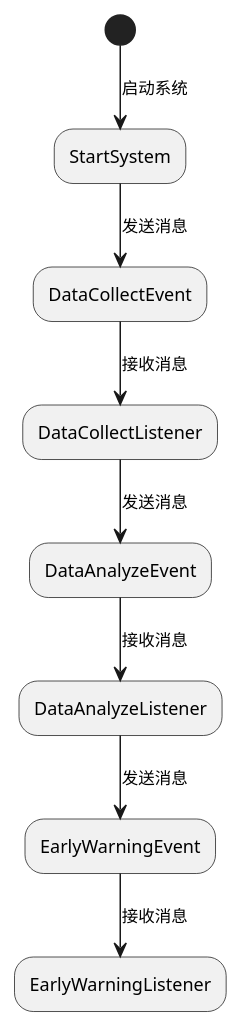
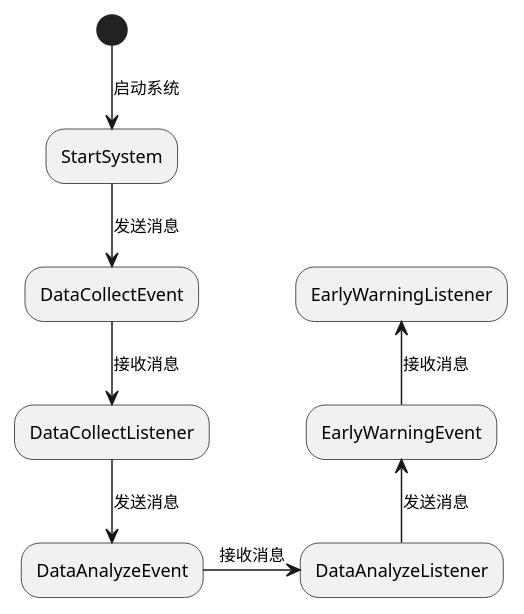
The diagram in src/uml/Event.puml (LenthDose/DesignPatterFinal), drawn with PlantUML before and after one commit. The commit also changed 16 other files, not shown here.

```diff
--- a/src/uml/Event.puml
+++ b/src/uml/Event.puml
@@ -1,12 +1,12 @@
 @startuml
 'https://plantuml.com/activity-diagram-beta
 
 (*) --> [启动系统] "StartSystem"
  --> [发送消息] "DataCollectEvent"
  --> [接收消息] "DataCollectListener"
  --> [发送消息] "DataAnalyzeEvent"
- --> [接收消息] "DataAnalyzeListener"
- --> [发送消息] "EarlyWarningEvent"
- --> [接收消息] "EarlyWarningListener"
+ -right-> [接收消息] "DataAnalyzeListener"
+ -up-> [发送消息] "EarlyWarningEvent"
+ -up-> [接收消息] "EarlyWarningListener"
 
 @enduml
```
